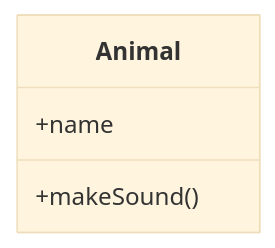
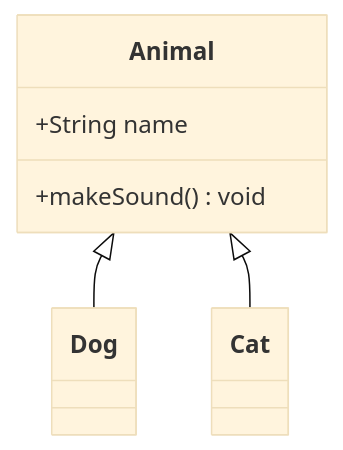
One commit to delian/codeguide-mcp changed diagram 11 of 18 in guides/markdown.md. Above: the diagram before and after it, drawn with Mermaid (base theme). The commit also changed other lines of this file, not shown here.

````diff
--- a/guides/markdown.md
+++ b/guides/markdown.md
@@ -3170,7 +3848,9 @@
 ```mermaid
 classDiagram
     class Animal {
-        +name
-        +makeSound()
+        +String name
+        +makeSound() void
     }
+    Animal <|-- Dog
+    Animal <|-- Cat
 ```
````
